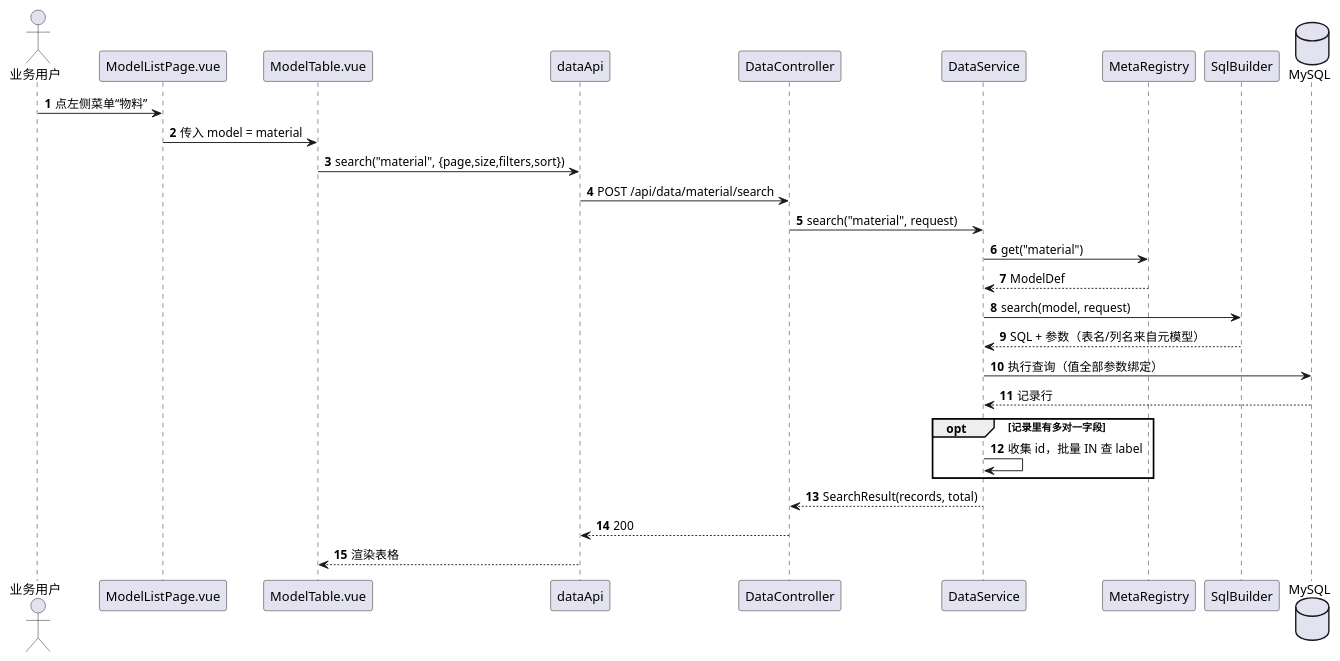
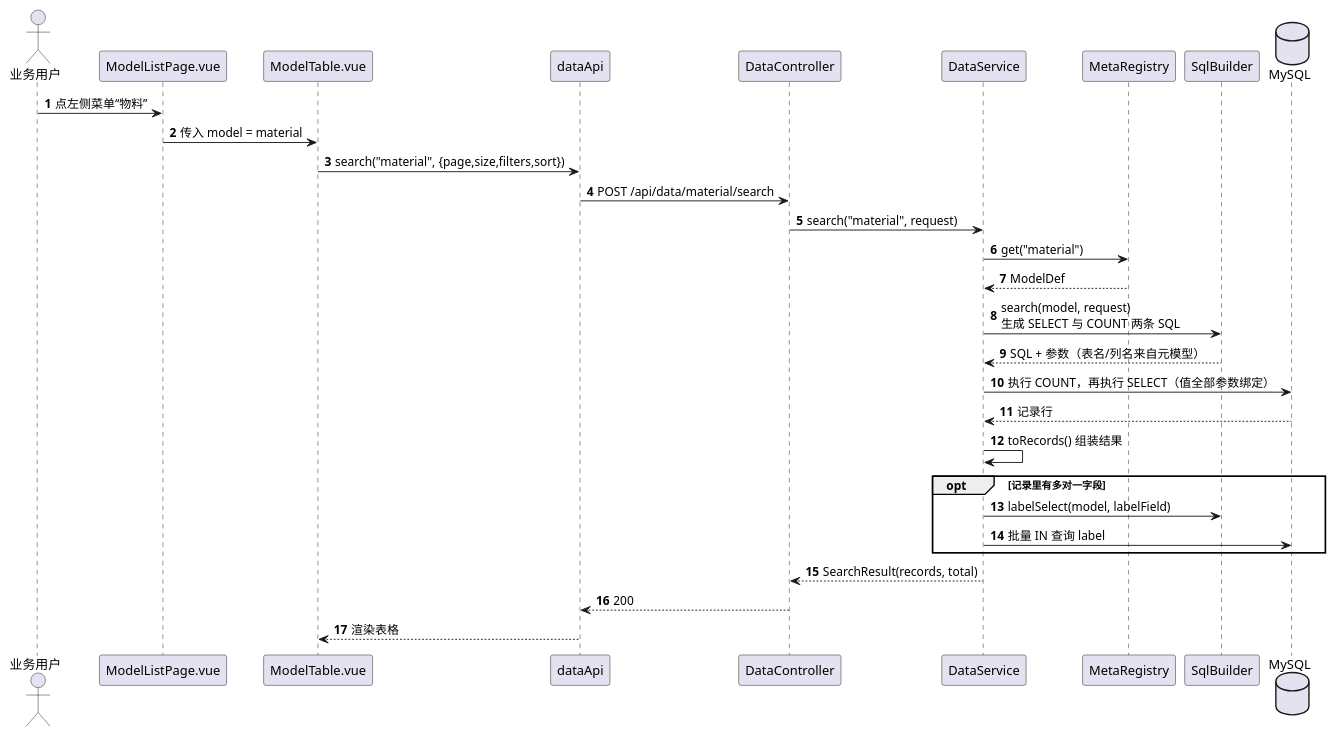
The seventh of 8 diagrams in docs/dev-doc/03-项目设计.md (liyiming-dev/metaforge), drawn with PlantUML before and after one commit. The commit also changed other lines of this file and 16 other files, not shown here.

Commit message:
docs: D6 按素材校正，导出 8 张设计图 PNG

````diff
--- a/docs/dev-doc/03-项目设计.md
+++ b/docs/dev-doc/03-项目设计.md
@@ -438,34 +445,36 @@
 ```plantuml
 @startuml
 skinparam shadowing false
 autonumber
 
 actor "业务用户" as USER
 participant "ModelListPage.vue" as PAGE
 participant "ModelTable.vue" as TABLE
 participant "dataApi" as API
 participant "DataController" as DC
 participant "DataService" as DS
 participant "MetaRegistry" as REG
 participant "SqlBuilder" as SB
 database "MySQL" as DB
 
 USER -> PAGE : 点左侧菜单“物料”
 PAGE -> TABLE : 传入 model = material
 TABLE -> API : search("material", {page,size,filters,sort})
 API -> DC : POST /api/data/material/search
 DC -> DS : search("material", request)
 DS -> REG : get("material")
 REG --> DS : ModelDef
-DS -> SB : search(model, request)
+DS -> SB : search(model, request)\n生成 SELECT 与 COUNT 两条 SQL
 SB --> DS : SQL + 参数（表名/列名来自元模型）
-DS -> DB : 执行查询（值全部参数绑定）
+DS -> DB : 执行 COUNT，再执行 SELECT（值全部参数绑定）
 DB --> DS : 记录行
+DS -> DS : toRecords() 组装结果
 opt 记录里有多对一字段
-  DS -> DS : 收集 id，批量 IN 查 label
+  DS -> SB : labelSelect(model, labelField)
+  DS -> DB : 批量 IN 查询 label
 end
 DS --> DC : SearchResult(records, total)
 DC --> API : 200
 API --> TABLE : 渲染表格
 @enduml
 ```
````
